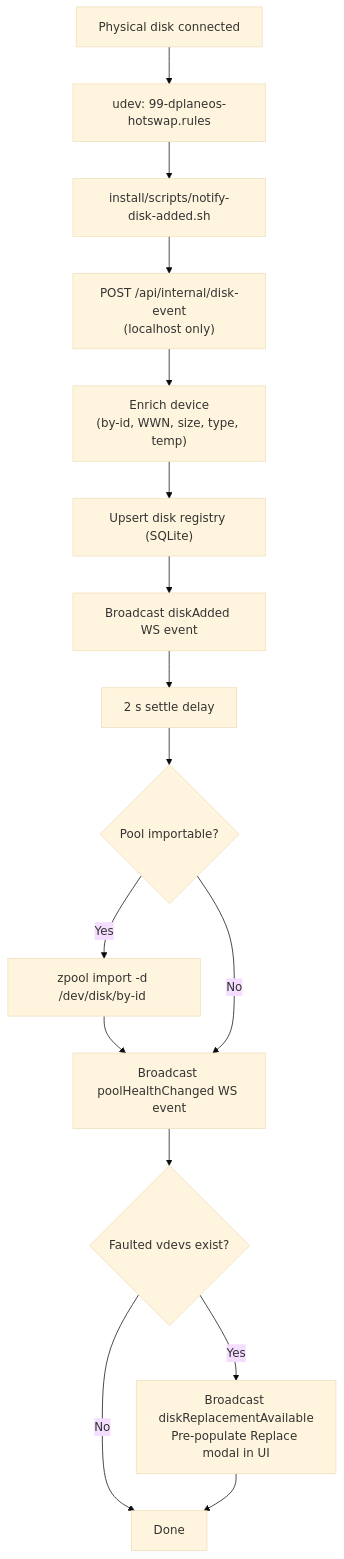
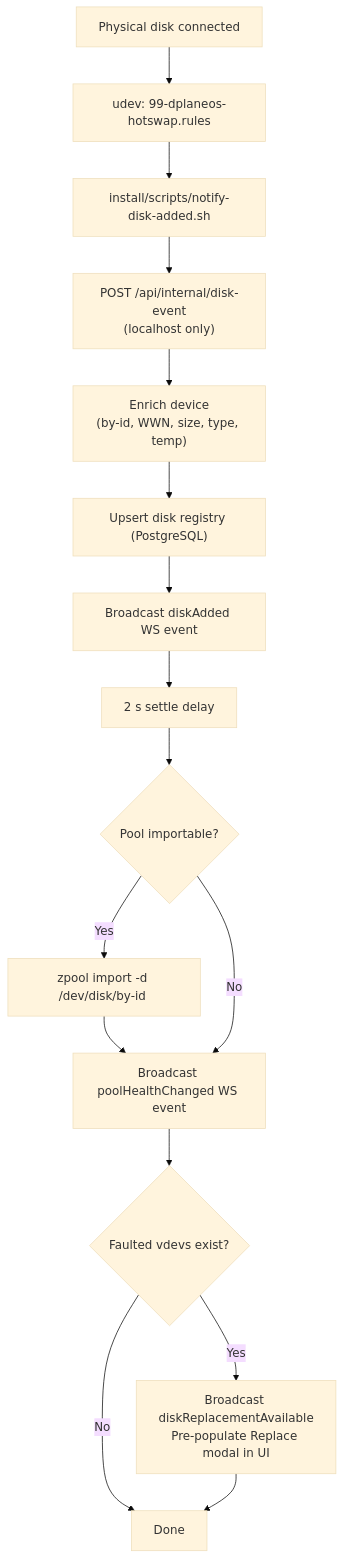
One commit to 4nonX/DPlaneOS changed the fourth of 6 diagrams in docs/development/CODEBASE-DIAGRAM.md. Above: the diagram before and after it, drawn with Mermaid. The commit also changed other lines of this file and 17 other files, not shown here.

Commit message:
docs: complete PostgreSQL migration documentation and refactor infra

````diff
--- a/docs/development/CODEBASE-DIAGRAM.md
+++ b/docs/development/CODEBASE-DIAGRAM.md
@@ -108,19 +108,19 @@
 ```mermaid
 %%{init: {'theme':'base'}}%%
 flowchart TD
     A["Physical disk connected"] --> B["udev: 99-dplaneos-hotswap.rules"]
     B --> C["install/scripts/notify-disk-added.sh"]
     C --> D["POST /api/internal/disk-event\n(localhost only)"]
     D --> E["Enrich device\n(by-id, WWN, size, type, temp)"]
-    E --> F["Upsert disk registry (SQLite)"]
+    E --> F["Upsert disk registry (PostgreSQL)"]
     F --> G["Broadcast diskAdded WS event"]
     G --> H["2 s settle delay"]
     H --> I{"Pool importable?"}
     I -->|Yes| J["zpool import -d /dev/disk/by-id <pool>"]
     J --> K["Broadcast poolHealthChanged WS event"]
     I -->|No| K
     K --> L{"Faulted vdevs exist?"}
     L -->|Yes| M["Broadcast diskReplacementAvailable\nPre-populate Replace modal in UI"]
     L -->|No| N["Done"]
     M --> N
 ```
````
